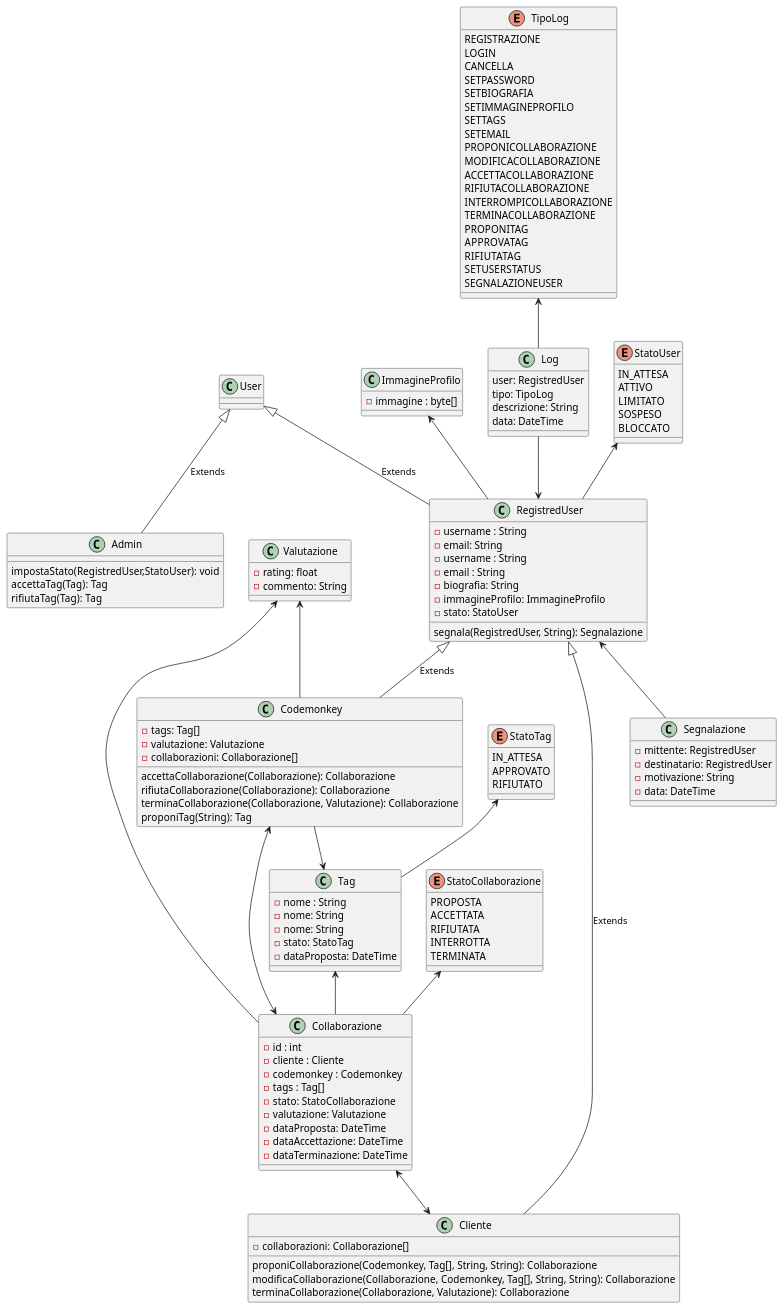
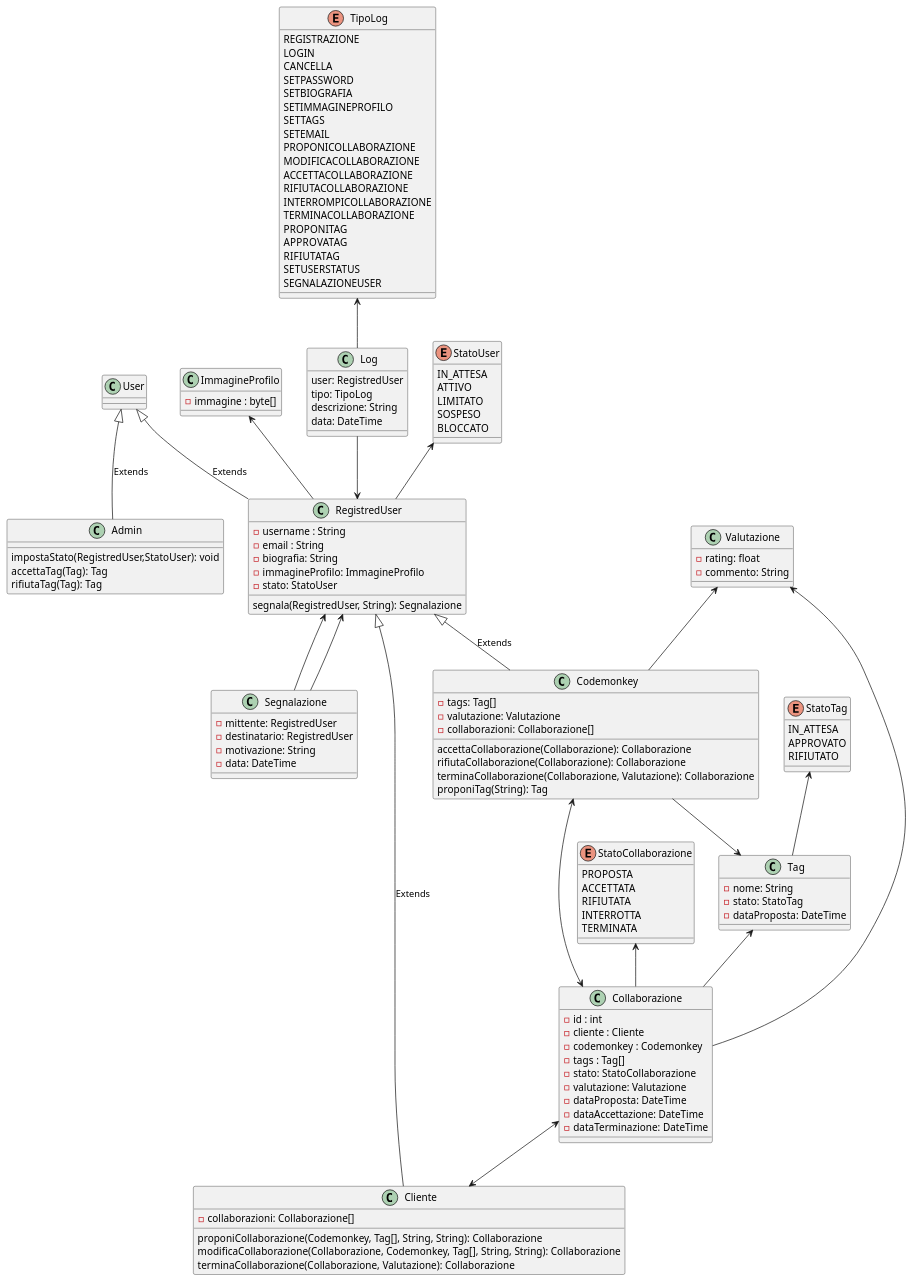
Before and after one commit to iacobucci/codemonkey: the diagram in docs/assets/plantuml/modello_di_dettaglio_del_dominio.puml, drawn with PlantUML. The commit also changed 4 other files, not shown here.

Commit message:
modified:   er.png 	modified:   modello_di_dettaglio_del_dominio.png 	modified:   modello_di_dettaglio_del_dominio.puml 	modified:   ../../../readme.txt 	new file:   ../../../revision.txt

```diff
--- a/docs/assets/plantuml/modello_di_dettaglio_del_dominio.puml
+++ b/docs/assets/plantuml/modello_di_dettaglio_del_dominio.puml
@@ -1,167 +1,155 @@
 @startuml modello_di_dettaglio_del_dominio
 
 class User{
-}
-
-class RegistredUser{
-	- username : String
-	- email: String
 }
 
 class RegistredUser {
 	- username : String
 	- email : String
 	- biografia: String
 	- immagineProfilo: ImmagineProfilo
 }
 
 class Codemonkey {
 	- tags: Tag[]
 }
 
 class ImmagineProfilo {
 	- immagine : byte[]
-}
-
-class Tag{
-	- nome : String
 }
 
 class Collaborazione{
 	- id : int
 	- cliente : Cliente
 	- codemonkey : Codemonkey
 	- tags : Tag[]
 	- stato: StatoCollaborazione
 	- valutazione: Valutazione
 	- dataProposta: DateTime
 	- dataAccettazione: DateTime
 	- dataTerminazione: DateTime
 }
 
 class Cliente{
 	- collaborazioni: Collaborazione[]
 	proponiCollaborazione(Codemonkey, Tag[], String, String): Collaborazione
 	modificaCollaborazione(Collaborazione, Codemonkey, Tag[], String, String): Collaborazione
 	terminaCollaborazione(Collaborazione, Valutazione): Collaborazione
 }
 
 class Codemonkey{
 	- valutazione: Valutazione
 	- collaborazioni: Collaborazione[]
 	accettaCollaborazione(Collaborazione): Collaborazione
 	rifiutaCollaborazione(Collaborazione): Collaborazione
 	terminaCollaborazione(Collaborazione, Valutazione): Collaborazione
-}
-
-class Tag {
-	- nome: String
 }
 
 enum StatoCollaborazione {
 	PROPOSTA
 	ACCETTATA
 	RIFIUTATA
 	INTERROTTA
 	TERMINATA
 }
 
 class Valutazione {
 	- rating: float
 	- commento: String
 }
 
 enum TipoLog{
 	REGISTRAZIONE
 	LOGIN
 	CANCELLA
 	SETPASSWORD
 	SETBIOGRAFIA
 	SETIMMAGINEPROFILO
 	SETTAGS
 	SETEMAIL
 	PROPONICOLLABORAZIONE
 	MODIFICACOLLABORAZIONE
 	ACCETTACOLLABORAZIONE
 	RIFIUTACOLLABORAZIONE
 	INTERROMPICOLLABORAZIONE
 	TERMINACOLLABORAZIONE
 	PROPONITAG
 	APPROVATAG
 	RIFIUTATAG
 	SETUSERSTATUS
 	SEGNALAZIONEUSER
 }
 
 class Log {
 	user: RegistredUser
 	tipo: TipoLog
 	descrizione: String
 	data: DateTime
 }
 
 class Segnalazione{
 	- mittente: RegistredUser
 	- destinatario: RegistredUser
 	- motivazione: String
 	- data: DateTime
 }
 
 class RegistredUser {
 	- stato: StatoUser
 	segnala(RegistredUser, String): Segnalazione
 }
 
 enum StatoUser {
 	IN_ATTESA
 	ATTIVO
 	LIMITATO
 	SOSPESO
 	BLOCCATO
 }
 
 class Admin {
 	impostaStato(RegistredUser,StatoUser): void
 }
 
 enum StatoTag{
 	IN_ATTESA
 	APPROVATO
 	RIFIUTATO
 }
 
 class Tag{
 	- nome: String
 	- stato: StatoTag
 	- dataProposta: DateTime
 }
 
 class Codemonkey {
 	proponiTag(String): Tag
 }
 
 class Admin {
 	accettaTag(Tag): Tag
 	rifiutaTag(Tag): Tag
 }
 
 User <|-- RegistredUser: Extends
 User <|-- Admin: Extends
 RegistredUser <|-- Cliente: Extends
 RegistredUser <|-- Codemonkey: Extends
 
 ImmagineProfilo <-- RegistredUser
 Codemonkey --> Tag
 Tag <-- Collaborazione
 Valutazione <-- Collaborazione
 Valutazione <-- Codemonkey
 StatoCollaborazione <-- Collaborazione
 Collaborazione <--> Cliente
 Collaborazione <--> Codemonkey
 TipoLog <-- Log
 Log --> RegistredUser
 StatoUser <-- RegistredUser
 RegistredUser <-- Segnalazione
+RegistredUser <-- Segnalazione
 StatoTag <-- Tag
 
 @enduml
```
